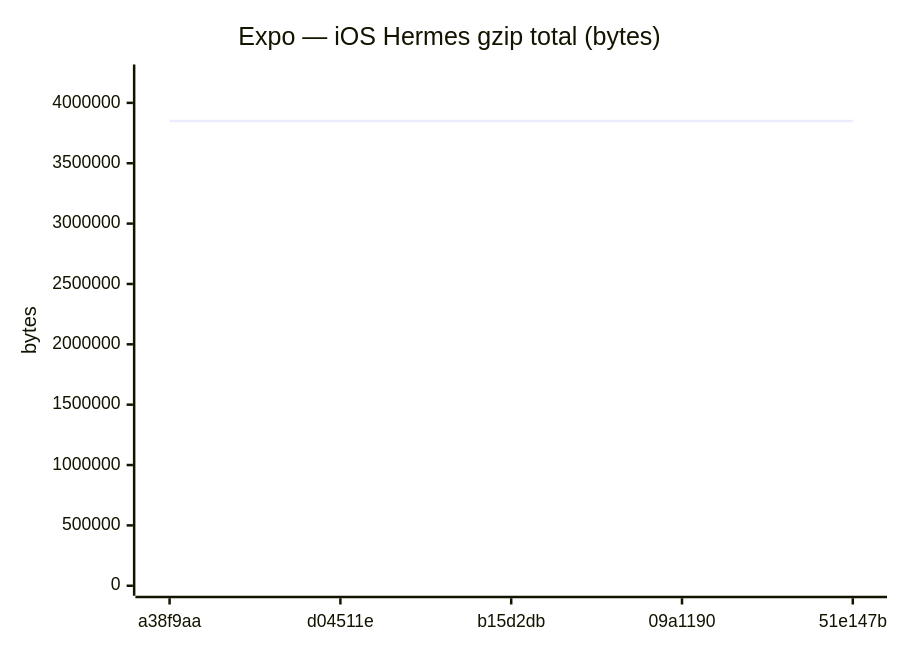
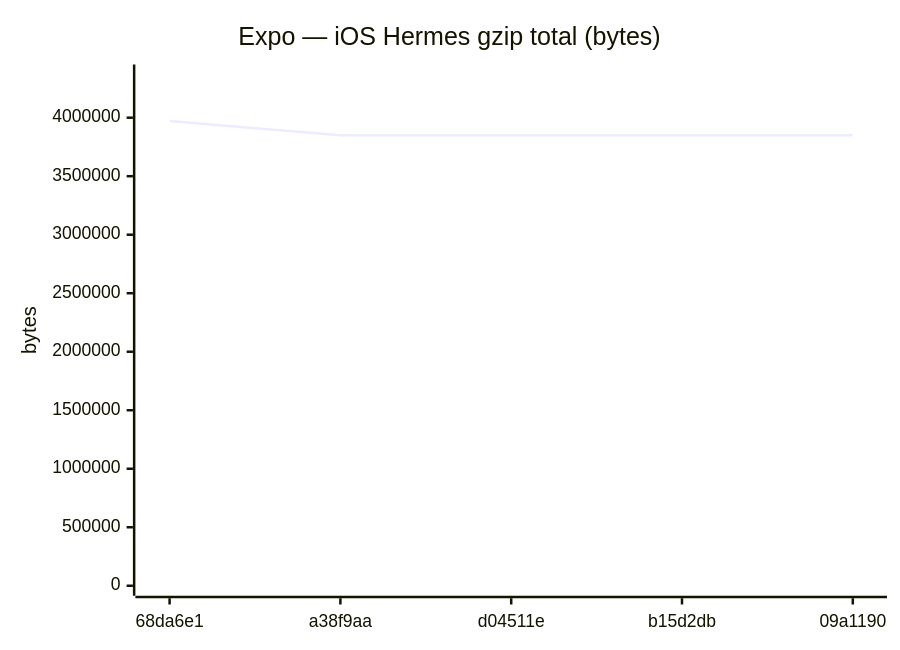
Before and after one commit to Metaheurist/Rianell: diagram 12 of 18 in benchmarks/compare.md, drawn with Mermaid. The commit also changed other lines of this file and 11 other files, not shown here.

````diff
--- a/benchmarks/compare.md
+++ b/benchmarks/compare.md
@@ -179,7 +179,7 @@
 ```mermaid
 xychart-beta
     title "Expo — iOS Hermes gzip total (bytes)"
-    x-axis ["a38f9aa", "d04511e", "b15d2db", "09a1190", "51e147b"]
-    y-axis "bytes" 0 --> 4235116
-    line [3849365, 3849367, 3849366, 3850104, 3850105]
+    x-axis ["68da6e1", "a38f9aa", "d04511e", "b15d2db", "09a1190"]
+    y-axis "bytes" 0 --> 4369141
+    line [3971946, 3849365, 3849367, 3849366, 3850104]
 ```
````
